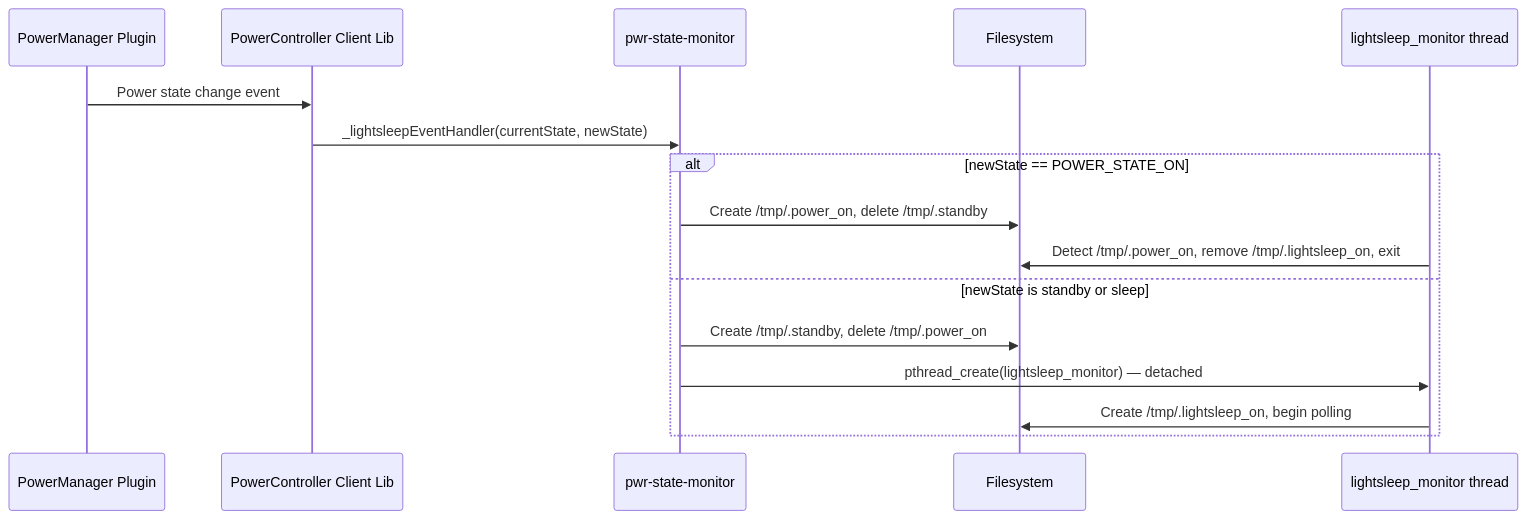
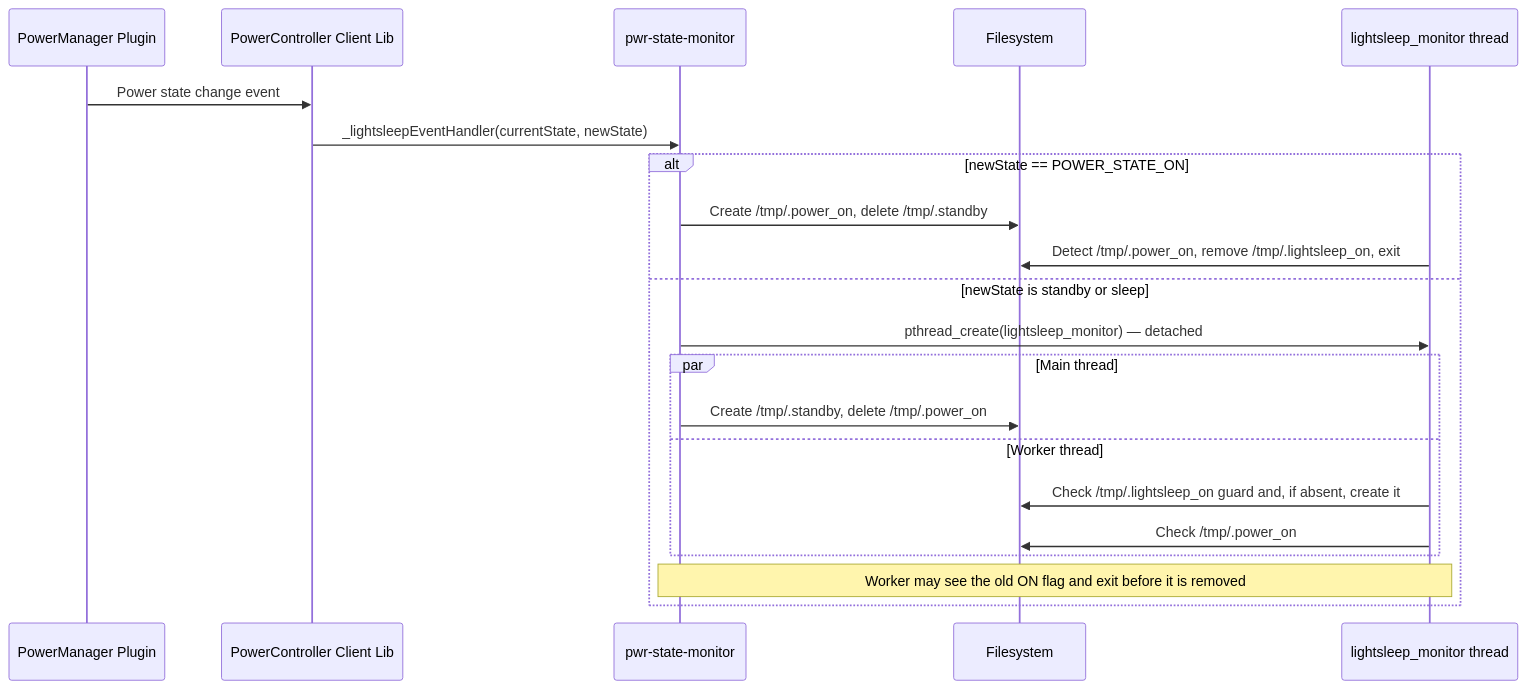
Before and after one commit to rdkcentral/sys_mon_tools: the fifth of 5 diagrams in README.md, drawn with Mermaid. The commit also changed other lines of this file, not shown here.

````diff
--- a/README.md
+++ b/README.md
@@ -223,19 +223,24 @@
 ```mermaid
 sequenceDiagram
     participant PMP as PowerManager Plugin
     participant PC as PowerController Client Lib
     participant PSM as pwr-state-monitor
     participant FS as Filesystem
     participant LT as lightsleep_monitor thread
 
     PMP->>PC: Power state change event
     PC->>PSM: _lightsleepEventHandler(currentState, newState)
     alt newState == POWER_STATE_ON
         PSM->>FS: Create /tmp/.power_on, delete /tmp/.standby
         LT->>FS: Detect /tmp/.power_on, remove /tmp/.lightsleep_on, exit
     else newState is standby or sleep
-        PSM->>FS: Create /tmp/.standby, delete /tmp/.power_on
         PSM->>LT: pthread_create(lightsleep_monitor) — detached
-        LT->>FS: Create /tmp/.lightsleep_on, begin polling
+        par Main thread
+            PSM->>FS: Create /tmp/.standby, delete /tmp/.power_on
+        and Worker thread
+            LT->>FS: Check /tmp/.lightsleep_on guard and, if absent, create it
+            LT->>FS: Check /tmp/.power_on
+        end
+        Note over PSM,LT: Worker may see the old ON flag and exit before it is removed
     end
 ```
````
